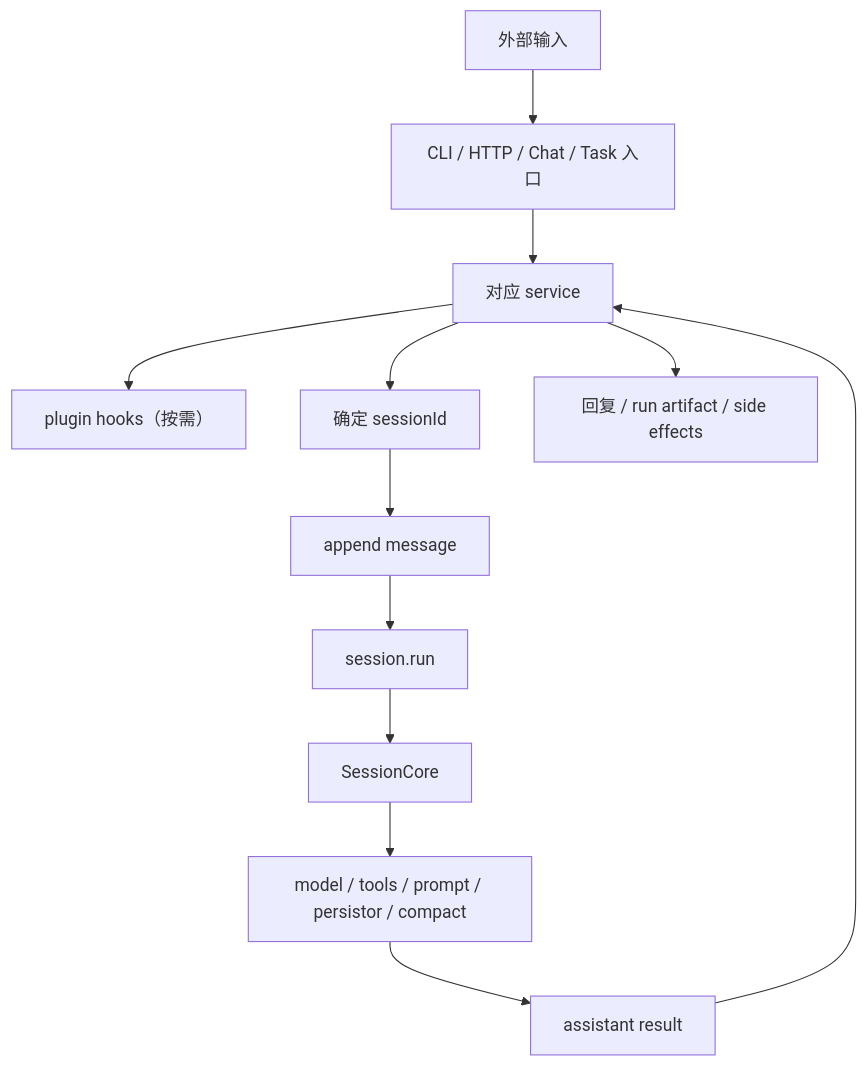
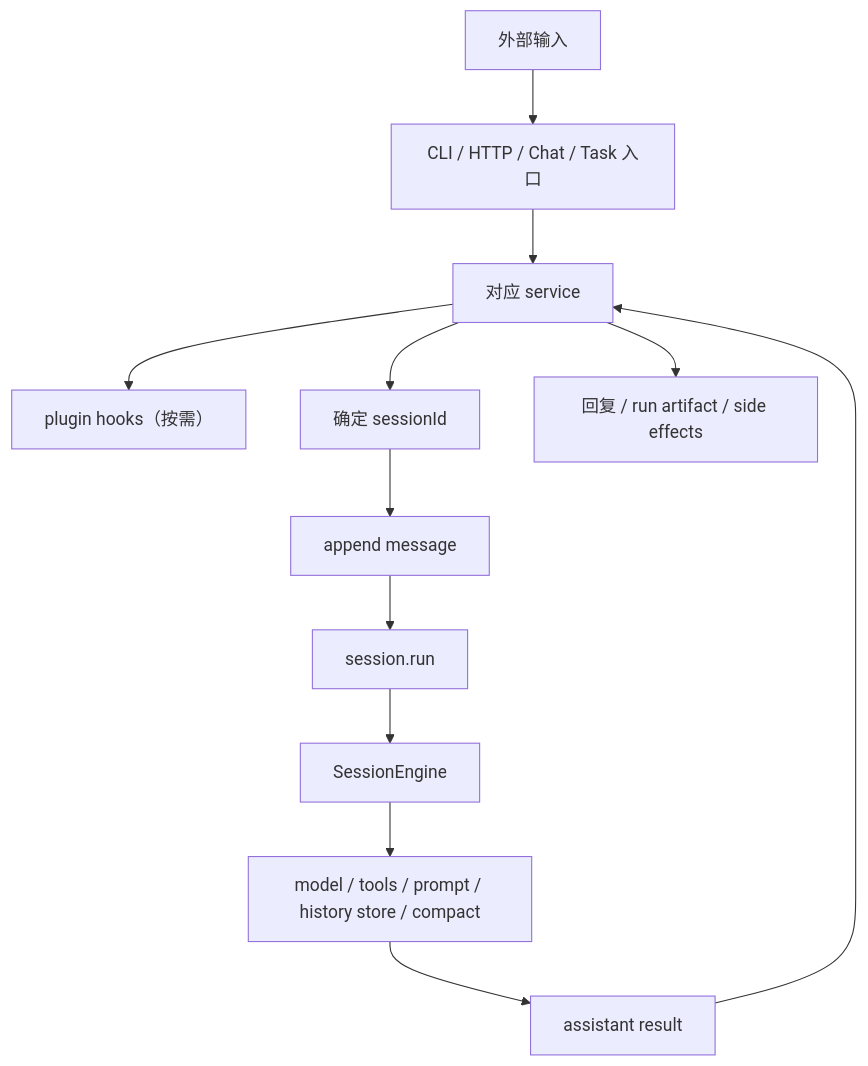
One commit to wangenius/downcity changed the third of 3 diagrams in homepage/content/devdocs/zh/architecture/system-logic.mdx. Above: the diagram before and after it, drawn with Mermaid. The commit also changed other lines of this file and 419 other files, not shown here.

````diff
--- a/homepage/content/devdocs/zh/architecture/system-logic.mdx
+++ b/homepage/content/devdocs/zh/architecture/system-logic.mdx
@@ -180,14 +180,14 @@
 ```mermaid
 flowchart TD
   IN["外部输入"] --> ROUTE["CLI / HTTP / Chat / Task 入口"]
   ROUTE --> SERVICE["对应 service"]
   SERVICE --> HOOK["plugin hooks（按需）"]
   SERVICE --> SID["确定 sessionId"]
   SID --> APPEND["append message"]
   APPEND --> RUN["session.run"]
-  RUN --> CORE["SessionCore"]
-  CORE --> MODEL["model / tools / prompt / persistor / compact"]
+  RUN --> CORE["SessionEngine"]
+  CORE --> MODEL["model / tools / prompt / history store / compact"]
   MODEL --> RES["assistant result"]
   RES --> SERVICE
   SERVICE --> OUT["回复 / run artifact / side effects"]
 ```
````
